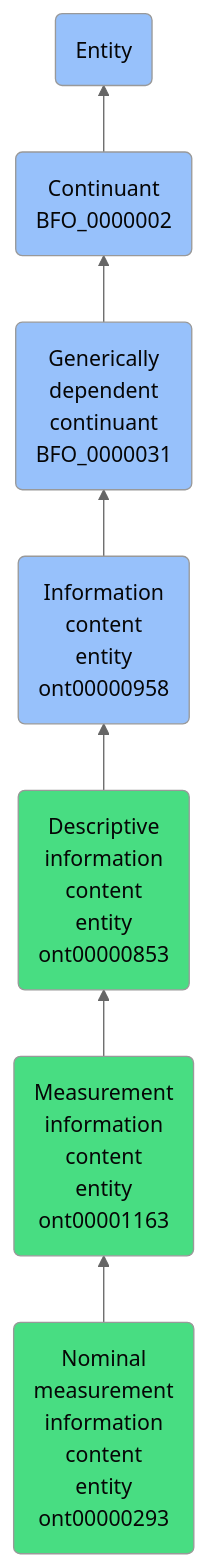
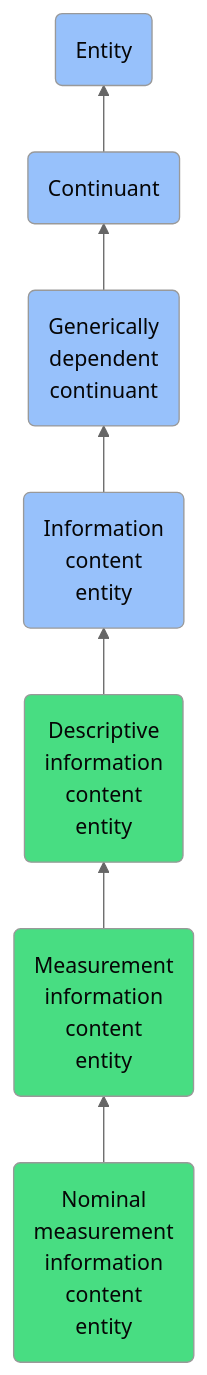
The diagram in docs/ontology/reference/model/Entity/Continuant/Generically dependent continuant/Information content entity/Descriptive information content entity/Measurement information content entity/Nominal measurement information content entity/Nominal measurement information content entity.md (jupyter-naas/abi), drawn with Mermaid (neutral theme) before and after one commit. The commit also changed other lines of this file and 1430 other files, not shown here.

````diff
--- a/docs/ontology/reference/model/Entity/Continuant/Generically dependent continuant/Information content entity/Descriptive information content entity/Measurement information content entity/Nominal measurement information content entity/Nominal measurement information content entity.md
+++ b/docs/ontology/reference/model/Entity/Continuant/Generically dependent continuant/Information content entity/Descriptive information content entity/Measurement information content entity/Nominal measurement information content entity/Nominal measurement information content entity.md
@@ -27,14 +27,14 @@
 ```mermaid
 graph BT
-    ont00000293(Nominal<br>measurement<br>information<br>content<br>entity<br>ont00000293):::ABI-->ont00001163
-    ont00001163(Measurement<br>information<br>content<br>entity<br>ont00001163):::ABI-->ont00000853
-    ont00000853(Descriptive<br>information<br>content<br>entity<br>ont00000853):::ABI-->ont00000958
-    ont00000958(Information<br>content<br>entity<br>ont00000958):::BFO-->BFO_0000031
-    BFO_0000031(Generically<br>dependent<br>continuant<br>BFO_0000031):::BFO-->BFO_0000002
-    BFO_0000002(Continuant<br>BFO_0000002):::BFO-->BFO_0000001
+    ont00000293(Nominal<br>measurement<br>information<br>content<br>entity):::ABI-->ont00001163
+    ont00001163(Measurement<br>information<br>content<br>entity):::ABI-->ont00000853
+    ont00000853(Descriptive<br>information<br>content<br>entity):::ABI-->ont00000958
+    ont00000958(Information<br>content<br>entity):::BFO-->BFO_0000031
+    BFO_0000031(Generically<br>dependent<br>continuant):::BFO-->BFO_0000002
+    BFO_0000002(Continuant):::BFO-->BFO_0000001
     BFO_0000001(Entity):::BFO
     
     classDef BFO fill:#97c1fb,color:#060606
     classDef CCO fill:#e4c51e,color:#060606
     classDef ABI fill:#48DD82,color:#060606
 ```
````
